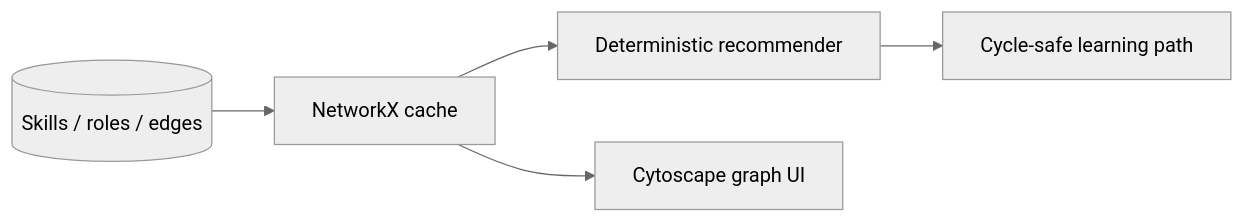
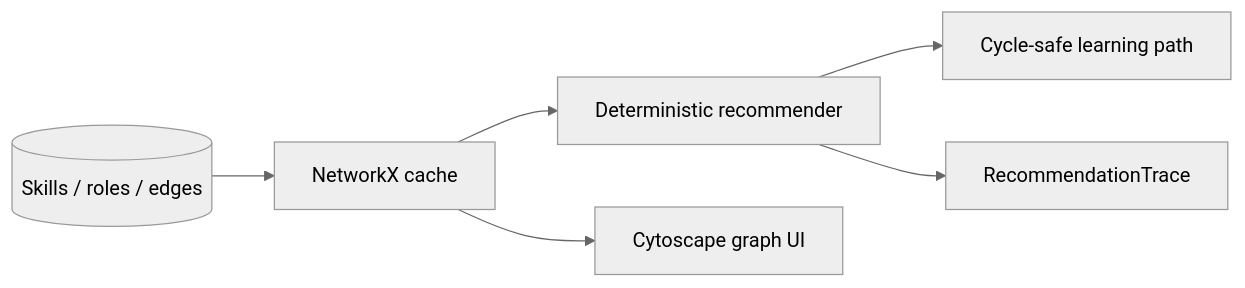
The diagram in README.md (hasanhuseyinyetkiner/skillgraph), drawn with Mermaid (neutral theme) before and after one commit. The commit also changed other lines of this file and 20 other files, not shown here.

````diff
--- a/README.md
+++ b/README.md
@@ -39,7 +66,8 @@
 ```mermaid
 flowchart LR
   PG[(Skills / roles / edges)] --> NX[NetworkX cache]
   NX --> R[Deterministic recommender]
   R --> P[Cycle-safe learning path]
   NX --> UI[Cytoscape graph UI]
+  R --> T[RecommendationTrace]
 ```
````
